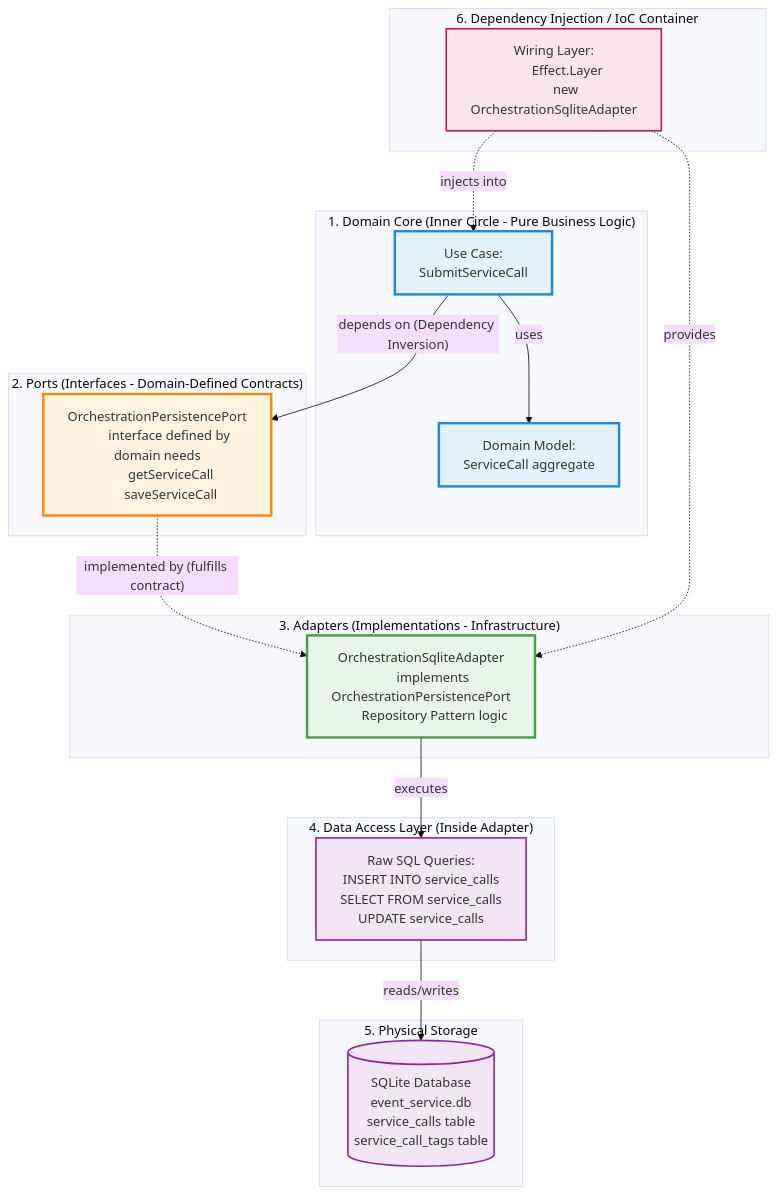
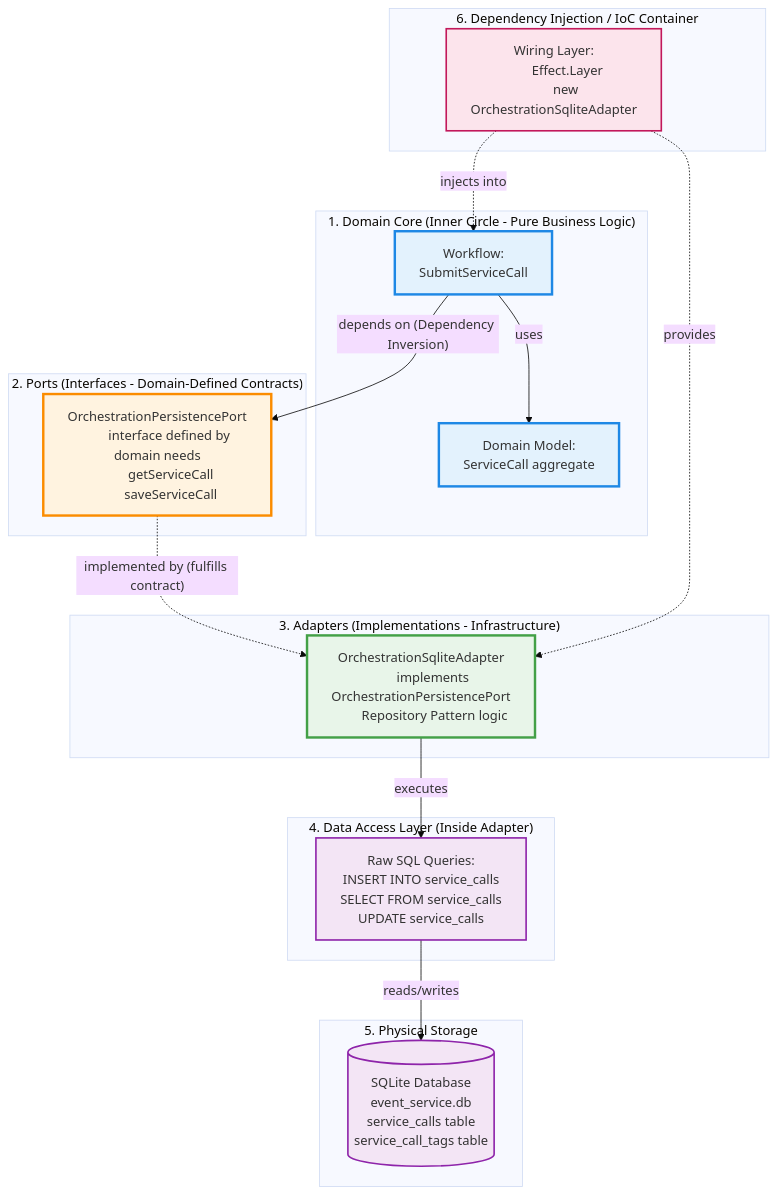
Before and after one commit to suddenlyGiovanni/event-service-agent-kata: the first of 2 diagrams in docs/design/hexagonal-architecture-layers.md, drawn with Mermaid (base theme). The commit also changed other lines of this file and 6 other files, not shown here.

````diff
--- a/docs/design/hexagonal-architecture-layers.md
+++ b/docs/design/hexagonal-architecture-layers.md
@@ -7,61 +7,61 @@
 ```mermaid
 graph TB
     subgraph "1. Domain Core (Inner Circle - Pure Business Logic)"
-        UC["Use Case:
+        WF["Workflow:
         SubmitServiceCall"]
         DM["Domain Model:
         ServiceCall aggregate"]
-        UC -->|uses| DM
+        WF -->|uses| DM
     end
 
     subgraph "2. Ports (Interfaces - Domain-Defined Contracts)"
         PORT["OrchestrationPersistencePort
         interface defined by domain needs
         getServiceCall
         saveServiceCall"]
-        UC -->|"depends on (Dependency Inversion)"| PORT
+        WF -->|"depends on (Dependency Inversion)"| PORT
     end
 
     subgraph "3. Adapters (Implementations - Infrastructure)"
         ADAPTER["OrchestrationSqliteAdapter
         implements OrchestrationPersistencePort
         Repository Pattern logic"]
         PORT -.->|"implemented by (fulfills contract)"| ADAPTER
     end
 
     subgraph "4. Data Access Layer (Inside Adapter)"
         SQL["Raw SQL Queries:
         INSERT INTO service_calls
         SELECT FROM service_calls
         UPDATE service_calls"]
         ADAPTER -->|executes| SQL
     end
 
     subgraph "5. Physical Storage"
         DB[("SQLite Database
         event_service.db
         service_calls table
         service_call_tags table")]
         SQL -->|reads/writes| DB
     end
 
     subgraph "6. Dependency Injection / IoC Container"
         DI["Wiring Layer:
         Effect.Layer
         new OrchestrationSqliteAdapter"]
         DI -.->|"provides"| ADAPTER
-        DI -.->|"injects into"| UC
+        DI -.->|"injects into"| WF
     end
 
     classDef domain fill:#e3f2fd,stroke:#1e88e5,stroke-width:3px
     classDef port fill:#fff3e0,stroke:#fb8c00,stroke-width:3px
     classDef adapter fill:#e8f5e9,stroke:#43a047,stroke-width:3px
     classDef infra fill:#f3e5f5,stroke:#8e24aa,stroke-width:2px
     classDef di fill:#fce4ec,stroke:#c2185b,stroke-width:2px
 
-    class UC,DM domain
+    class WF,DM domain
     class PORT port
     class ADAPTER adapter
     class SQL,DB infra
     class DI di
 ```
````
